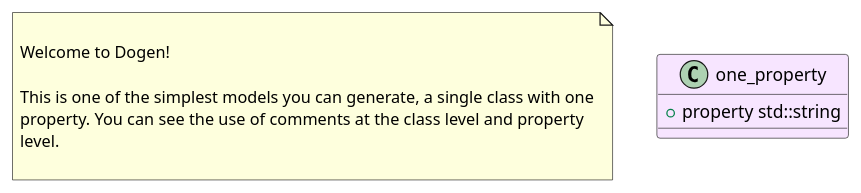
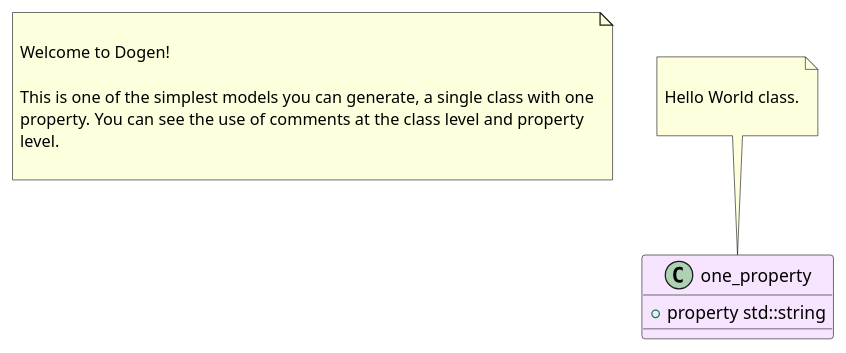
One commit to MASD-Project/dogen changed the diagram in projects/dogen.modeling/plantuml/hello_world.plantuml. Above: the diagram before and after it, drawn with PlantUML. The commit also changed 32 other files, not shown here.

Commit message:
modeling: initial support for comments on plant uml diagrams

```diff
--- a/projects/dogen.modeling/plantuml/hello_world.plantuml
+++ b/projects/dogen.modeling/plantuml/hello_world.plantuml
@@ -1,17 +1,23 @@
 @startuml
 set namespaceSeparator ::
 note as N1
 
 Welcome to Dogen!
 
 This is one of the simplest models you can generate, a single class with one
 property. You can see the use of comments at the class level and property
 level.
 
 end note
 
 class one_property #F7E5FF {
         +{field} property std::string
 }
 
+note top of  one_property
+
+Hello World class.
+
+end note
+
 @enduml
```
